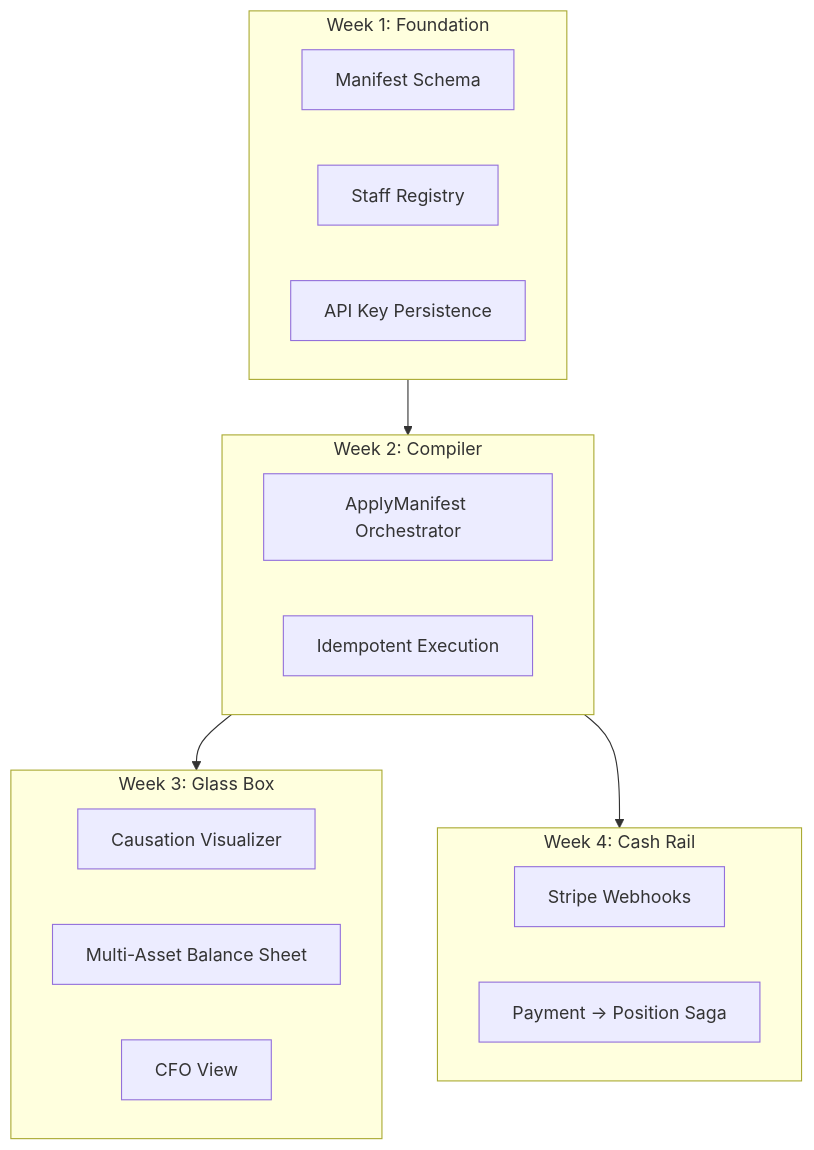
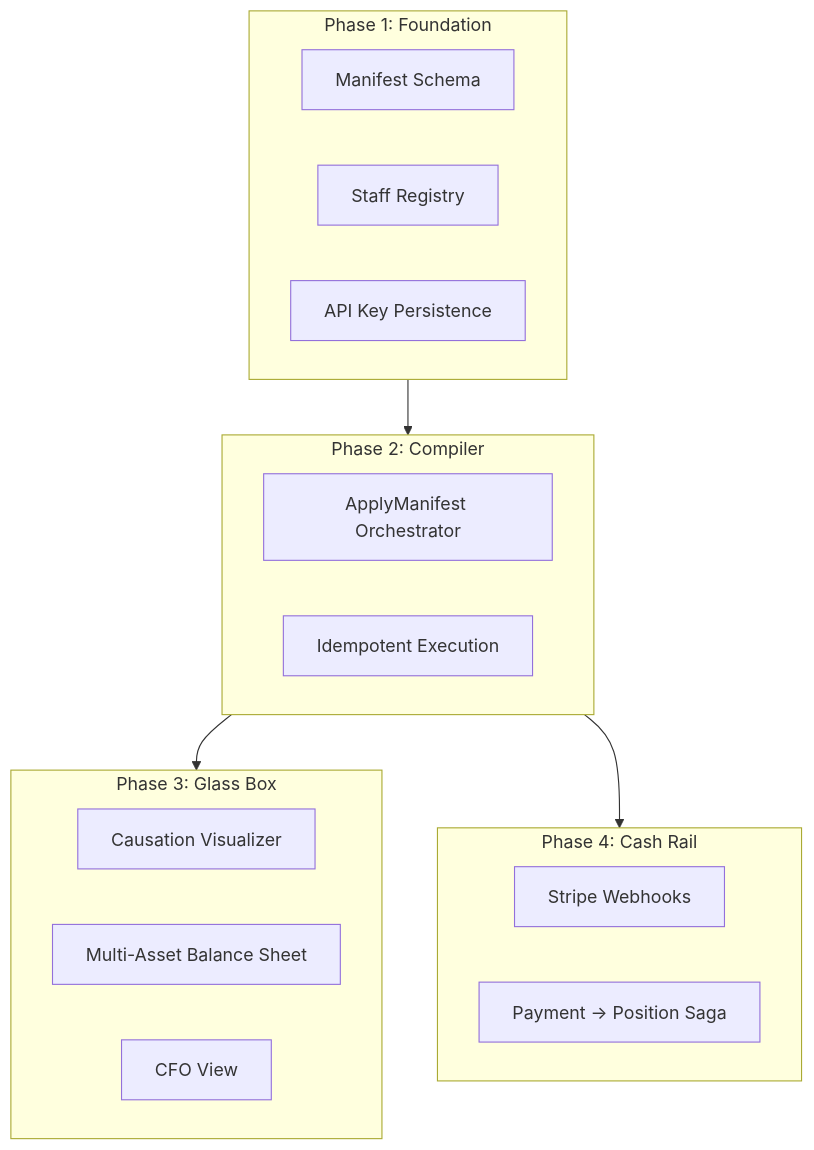
The first of 8 diagrams in docs/prd/control-plane.md (meridianhub/meridian), drawn with Mermaid before and after one commit. The commit also changed other lines of this file, not shown here.

First line of the commit message:
refactor: remove sprint and week references, use kanban phases

````diff
--- a/docs/prd/control-plane.md
+++ b/docs/prd/control-plane.md
@@ -79,28 +79,28 @@
 ```mermaid
 graph TD
-    subgraph W1["Week 1: Foundation"]
+    subgraph P1["Phase 1: Foundation"]
         A1[Manifest Schema]
         A2[Staff Registry]
         A3[API Key Persistence]
     end
 
-    subgraph W2["Week 2: Compiler"]
+    subgraph P2["Phase 2: Compiler"]
         B1[ApplyManifest Orchestrator]
         B2[Idempotent Execution]
     end
 
-    subgraph W3["Week 3: Glass Box"]
+    subgraph P3["Phase 3: Glass Box"]
         C1[Causation Visualizer]
         C2[Multi-Asset Balance Sheet]
         C3[CFO View]
     end
 
-    subgraph W4["Week 4: Cash Rail"]
+    subgraph P4["Phase 4: Cash Rail"]
         D1[Stripe Webhooks]
         D2["Payment -> Position Saga"]
     end
 
-    W1 --> W2
-    W2 --> W3
-    W2 --> W4
+    P1 --> P2
+    P2 --> P3
+    P2 --> P4
 ```
````
